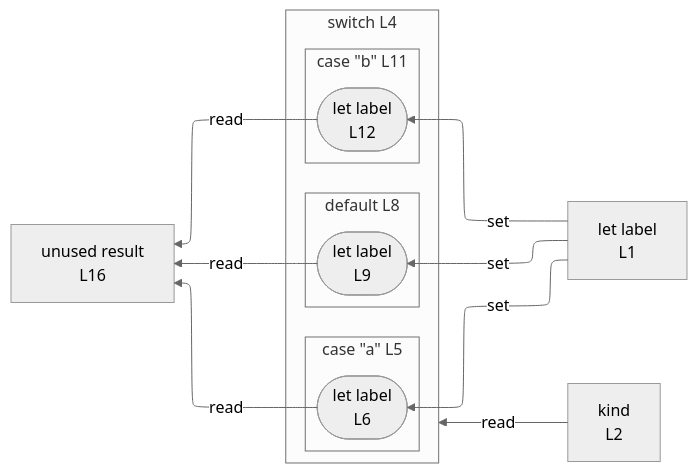
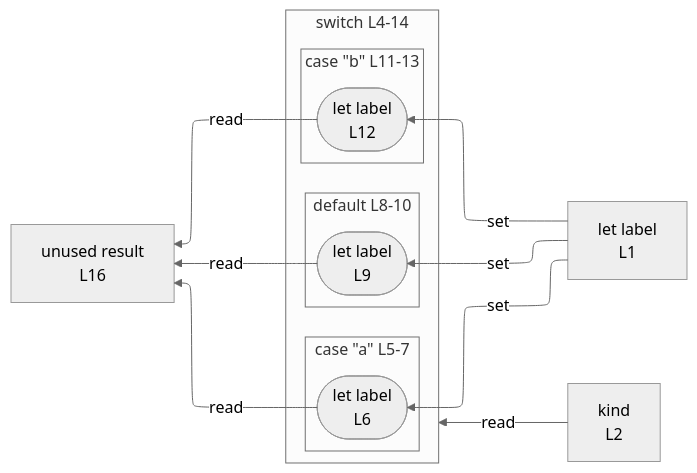
The diagram in integration/fixtures/control-switch-default-middle/preview.md (crescware/unsnarl), drawn with Mermaid (neutral theme) before and after one commit. The commit also changed 125 other files, not shown here.

````diff
--- a/integration/fixtures/control-switch-default-middle/preview.md
+++ b/integration/fixtures/control-switch-default-middle/preview.md
@@ -26,29 +26,29 @@
 ```mermaid
 %%{init: {"flowchart": {"defaultRenderer": "elk"}}}%%
 flowchart RL
   n_scope_0_label_4["let label<br/>L1"]
   n_scope_0_kind_22["kind<br/>L2"]
   n_scope_0_result_190["unused result<br/>L16"]
-  subgraph s_scope_1["switch L4"]
+  subgraph s_scope_1["switch L4-14"]
     direction RL
-    subgraph s_scope_2["case &quot;a&quot; L5"]
+    subgraph s_scope_2["case &quot;a&quot; L5-7"]
       direction RL
       wr_ref_1(["let label<br/>L6"])
     end
-    subgraph s_scope_3["default L8"]
+    subgraph s_scope_3["default L8-10"]
       direction RL
       wr_ref_2(["let label<br/>L9"])
     end
-    subgraph s_scope_4["case &quot;b&quot; L11"]
+    subgraph s_scope_4["case &quot;b&quot; L11-13"]
       direction RL
       wr_ref_3(["let label<br/>L12"])
     end
   end
   n_scope_0_label_4 -->|set| wr_ref_1
   n_scope_0_label_4 -->|set| wr_ref_2
   n_scope_0_label_4 -->|set| wr_ref_3
   n_scope_0_kind_22 -->|read| s_scope_1
   wr_ref_1 -->|read| n_scope_0_result_190
   wr_ref_2 -->|read| n_scope_0_result_190
   wr_ref_3 -->|read| n_scope_0_result_190
 ```
````
